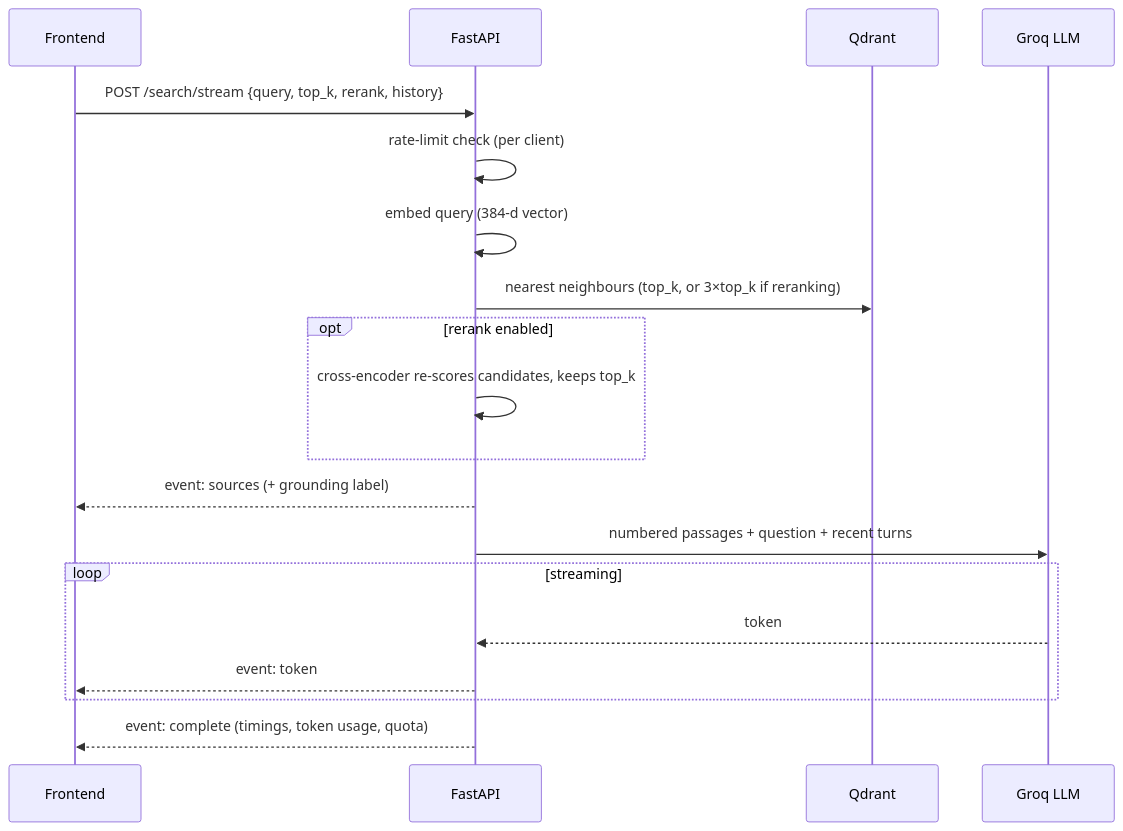
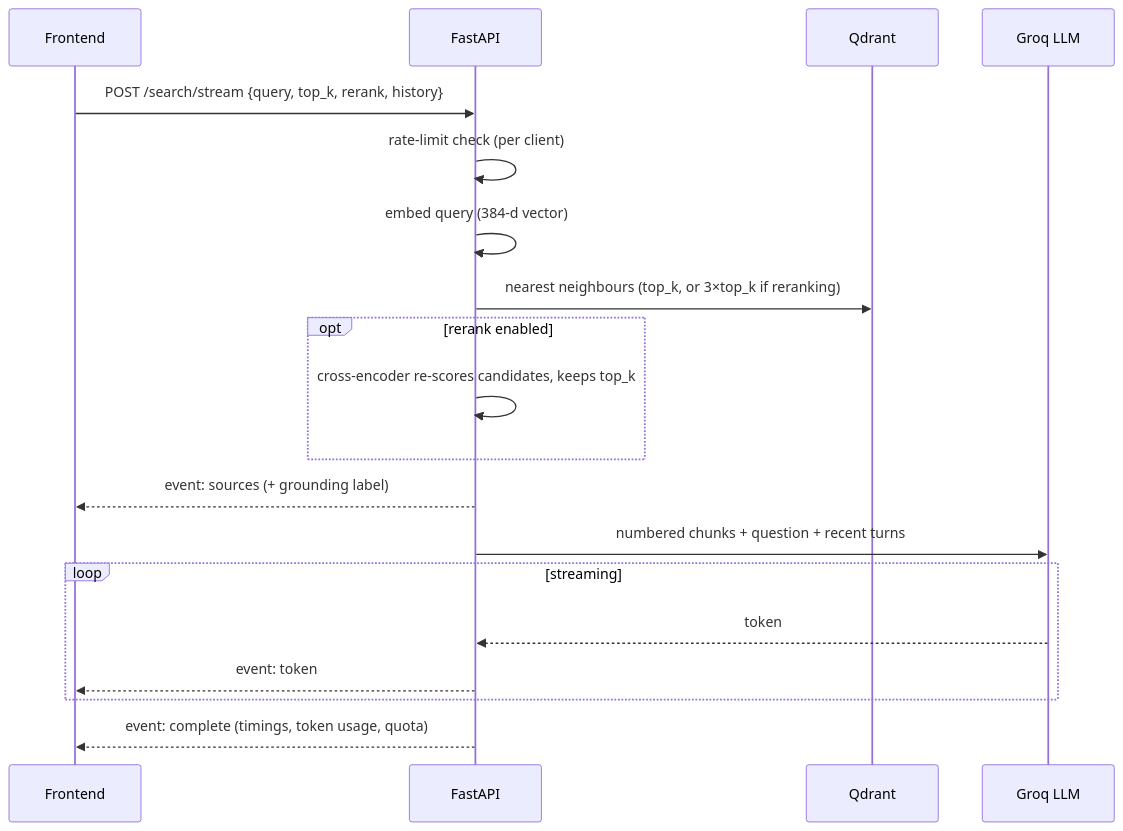
Before and after one commit to ichor-hash/Wally: the second of 2 diagrams in README.md, drawn with Mermaid. The commit also changed other lines of this file and 13 other files, not shown here.

Commit message:
Use the term 'chunks' instead of 'passages' across UI, prompt and docs

````diff
--- a/README.md
+++ b/README.md
@@ -59,21 +59,21 @@
 ```mermaid
 sequenceDiagram
     participant UI as Frontend
     participant API as FastAPI
     participant DB as Qdrant
     participant LLM as Groq LLM
     UI->>API: POST /search/stream {query, top_k, rerank, history}
     API->>API: rate-limit check (per client)
     API->>API: embed query (384-d vector)
     API->>DB: nearest neighbours (top_k, or 3×top_k if reranking)
     opt rerank enabled
         API->>API: cross-encoder re-scores candidates, keeps top_k
     end
     API-->>UI: event: sources (+ grounding label)
-    API->>LLM: numbered passages + question + recent turns
+    API->>LLM: numbered chunks + question + recent turns
     loop streaming
         LLM-->>API: token
         API-->>UI: event: token
     end
     API-->>UI: event: complete (timings, token usage, quota)
 ```
````
